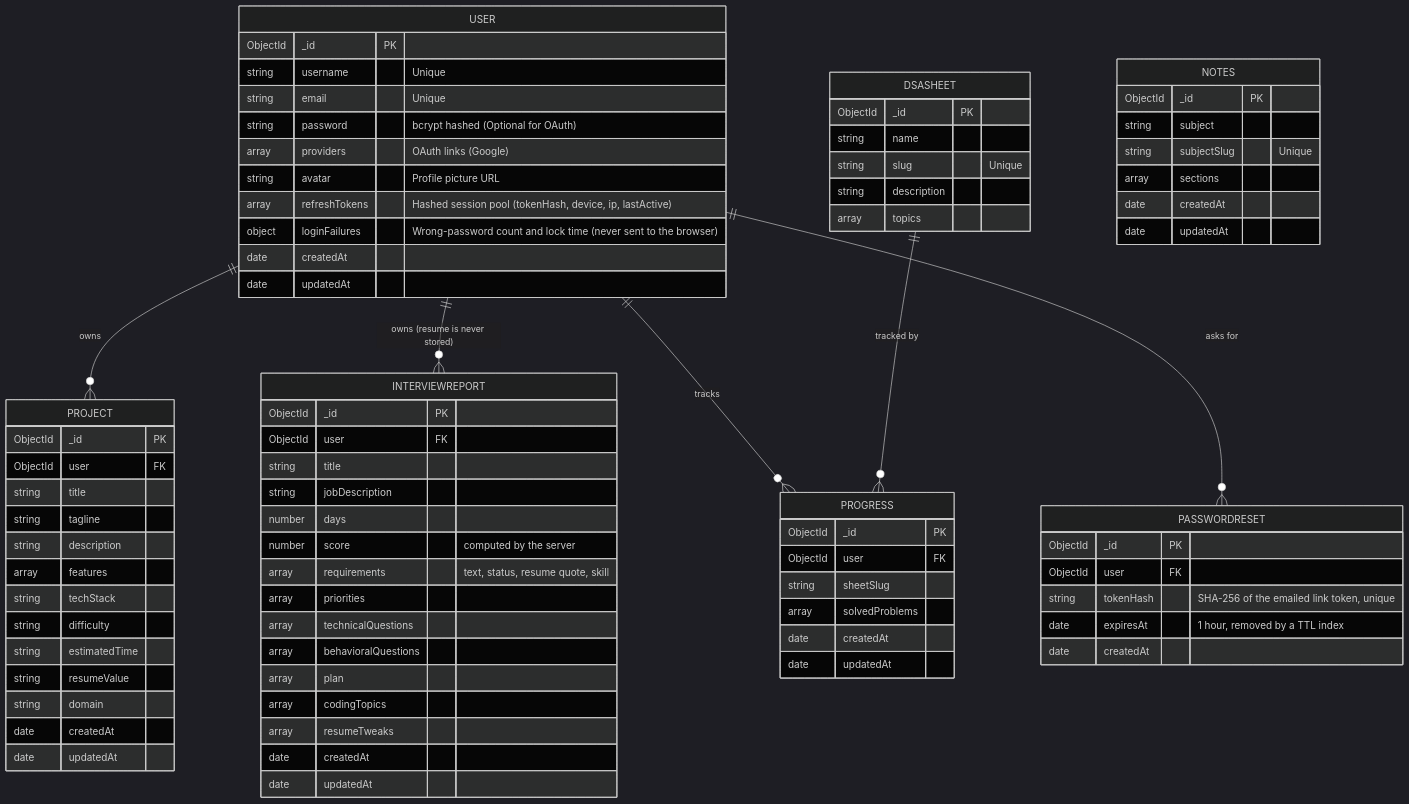
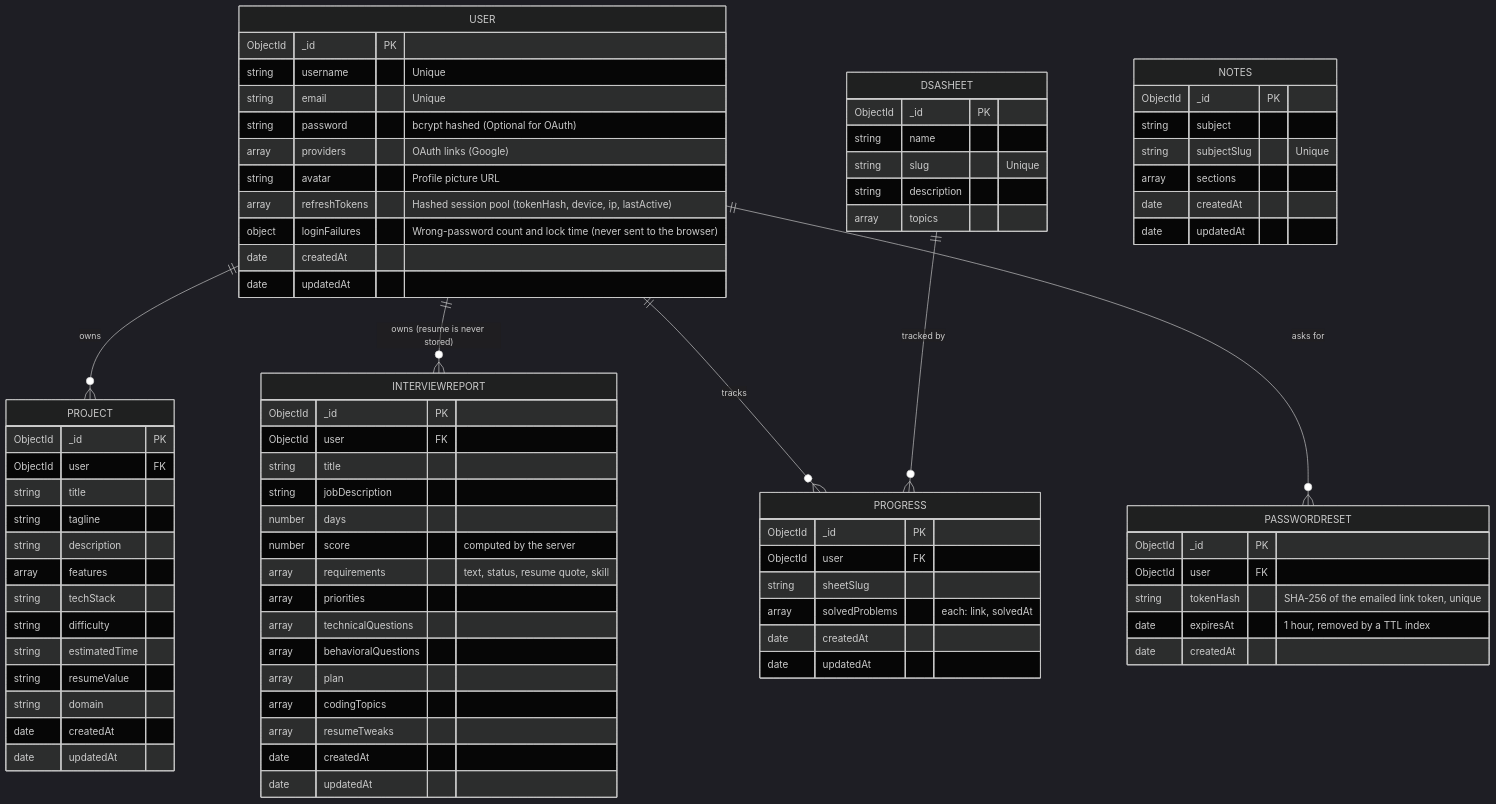
The fourth of 4 diagrams in README.md (SahilSameer18/prepstack), drawn with Mermaid (dark theme) before and after one commit. The commit also changed other lines of this file and 2 other files, not shown here.

```diff
--- a/README.md
+++ b/README.md
@@ -383,7 +383,7 @@
         ObjectId _id PK
         ObjectId user FK
         string sheetSlug
-        array solvedProblems
+        array solvedProblems "each: link, solvedAt"
         date createdAt
         date updatedAt
     }
```
